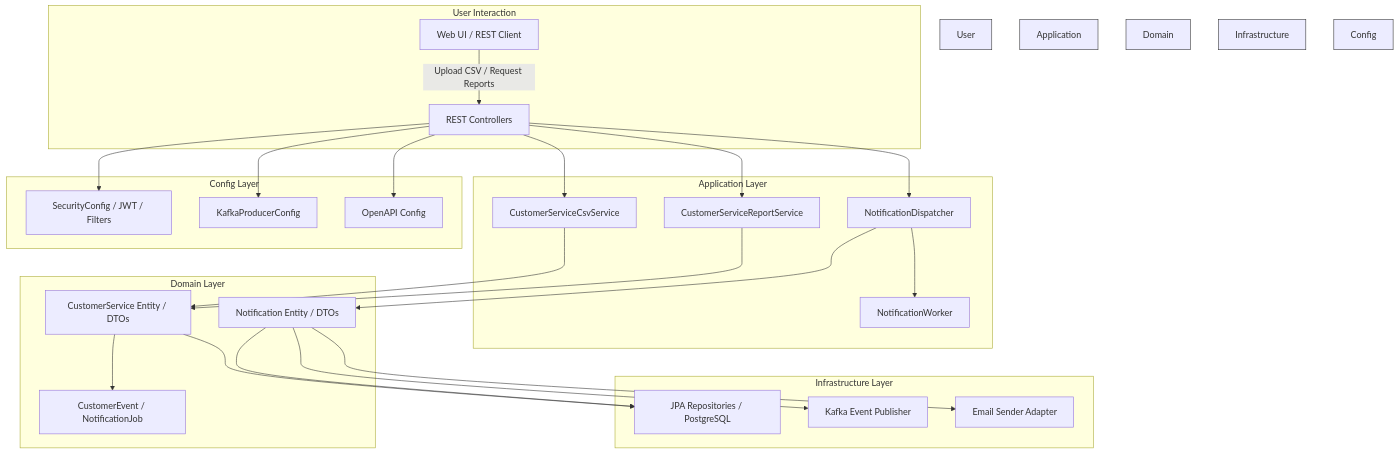
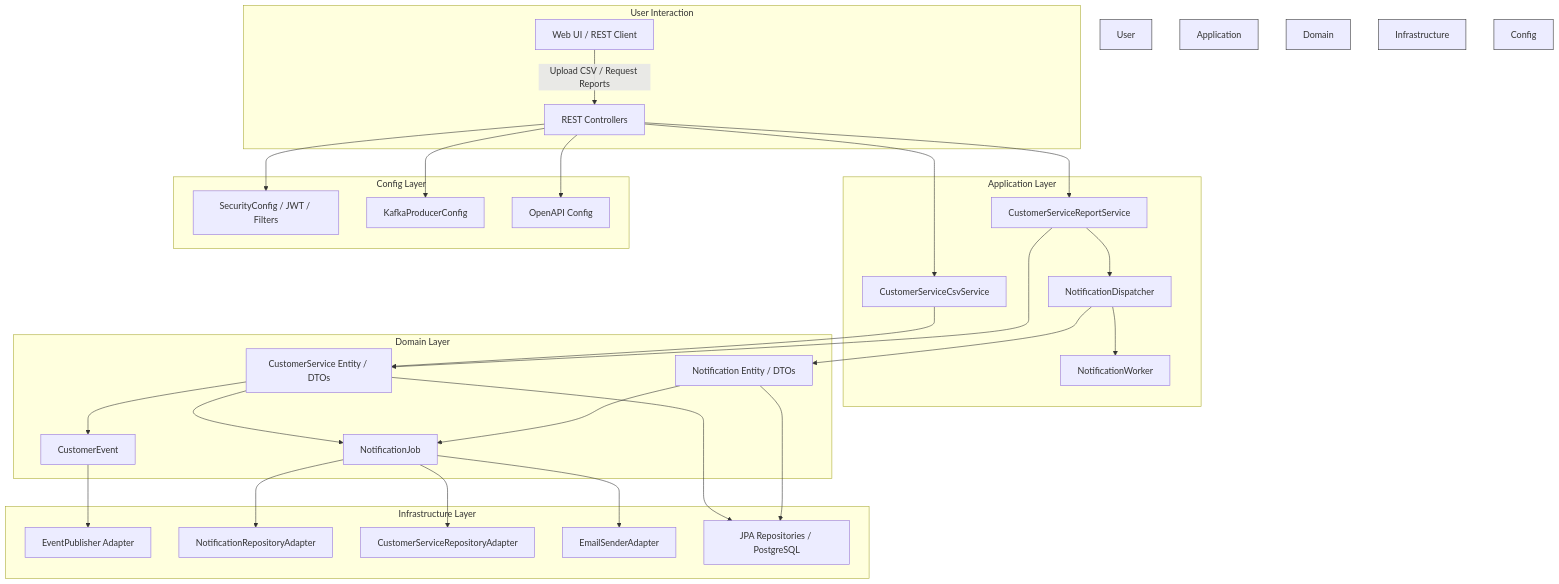
Before and after one commit to aliporfirio/customer-analysis: the diagram in README.md, drawn with Mermaid.

Commit message:
Added documentations

````diff
--- a/README.md
+++ b/README.md
@@ -57,40 +57,51 @@
 ```mermaid
 graph TD
+    %% User Interaction
     subgraph User Interaction
         A[Web UI / REST Client] -->|Upload CSV / Request Reports| B[REST Controllers]
     end
 
+    %% Application Layer
     subgraph Application Layer
         B --> C[CustomerServiceCsvService]
         B --> D[CustomerServiceReportService]
-        B --> E[NotificationDispatcher]
+        D --> E[NotificationDispatcher]
         E --> F[NotificationWorker]
     end
 
+    %% Domain Layer
     subgraph Domain Layer
         C --> G[CustomerService Entity / DTOs]
         D --> G
         E --> H[Notification Entity / DTOs]
-        G --> I[CustomerEvent / NotificationJob]
+        G --> I[CustomerEvent]
+        G --> J[NotificationJob]
+        H --> J
     end
 
+    %% Infrastructure Layer
     subgraph Infrastructure Layer
-        G --> J[JPA Repositories / PostgreSQL]
-        H --> J
-        H --> K[Kafka Event Publisher]
-        H --> L[Email Sender Adapter]
+        I --> K[EventPublisher Adapter]
+        J --> L[NotificationRepositoryAdapter]
+        J --> M[CustomerServiceRepositoryAdapter]
+        J --> N[EmailSenderAdapter]
+        G --> P[JPA Repositories / PostgreSQL]
+        H --> P
     end
 
+    %% Config Layer
     subgraph Config Layer
-        B --> M[SecurityConfig / JWT / Filters]
-        B --> N[KafkaProducerConfig]
-        B --> O[OpenAPI Config]
+        B --> Q[SecurityConfig / JWT / Filters]
+        B --> R[KafkaProducerConfig]
+        B --> S[OpenAPI Config]
     end
 
+    %% Styling
     style User Interaction fill:#f9f,stroke:#333,stroke-width:1px
     style Application Layer fill:#bbf,stroke:#333,stroke-width:1px
     style Domain Layer fill:#bfb,stroke:#333,stroke-width:1px
     style Infrastructure Layer fill:#ffb,stroke:#333,stroke-width:1px
     style Config Layer fill:#fbb,stroke:#333,stroke-width:1px
 
+
 ```
````
